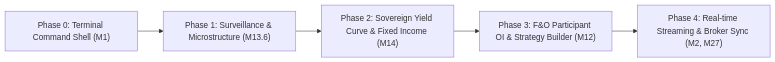
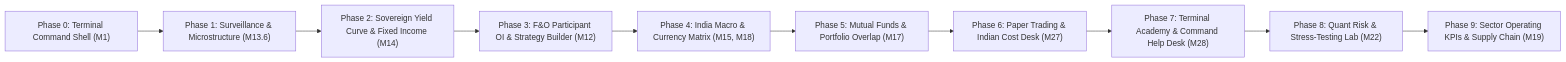
One commit to SatyakiMandal/Arthdex changed the second of 2 diagrams in docs/arthdex-terminal-prd.md. Above: the diagram before and after it, drawn with Mermaid. The commit also changed other lines of this file and 2 other files, not shown here.

````diff
--- a/docs/arthdex-terminal-prd.md
+++ b/docs/arthdex-terminal-prd.md
@@ -864,7 +864,12 @@
 ```mermaid
 flowchart LR
   M0["Phase 0: Terminal Command Shell (M1)"] --> M1["Phase 1: Surveillance & Microstructure (M13.6)"]
   M1 --> M2["Phase 2: Sovereign Yield Curve & Fixed Income (M14)"]
   M2 --> M3["Phase 3: F&O Participant OI & Strategy Builder (M12)"]
-  M3 --> M4["Phase 4: Real-time Streaming & Broker Sync (M2, M27)"]
+  M3 --> M4["Phase 4: India Macro & Currency Matrix (M15, M18)"]
+  M4 --> M5["Phase 5: Mutual Funds & Portfolio Overlap (M17)"]
+  M5 --> M6["Phase 6: Paper Trading & Indian Cost Desk (M27)"]
+  M6 --> M7["Phase 7: Terminal Academy & Command Help Desk (M28)"]
+  M7 --> M8["Phase 8: Quant Risk & Stress-Testing Lab (M22)"]
+  M8 --> M9["Phase 9: Sector Operating KPIs & Supply Chain (M19)"]
 ```
````
